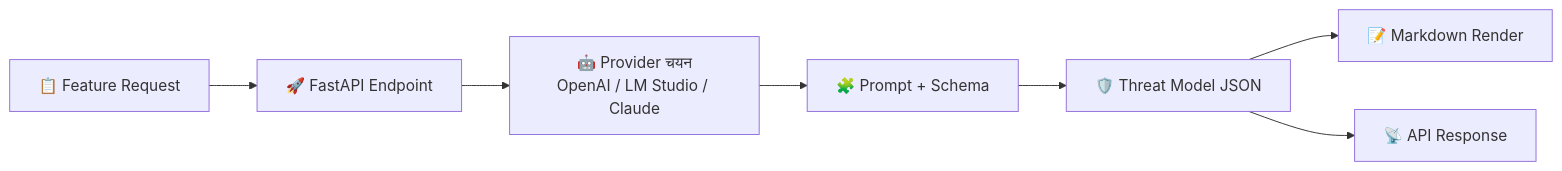
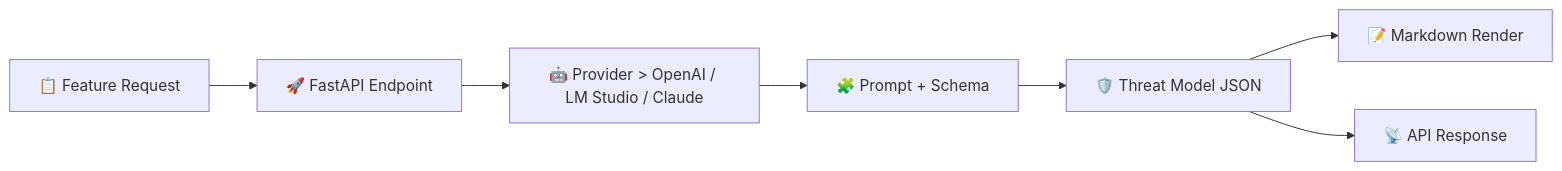
Before and after one commit to high5ive-64/lightweight_feature-threat-model: the diagram in README.md, drawn with Mermaid.

Commit message:
updated readme file

````diff
--- a/README.md
+++ b/README.md
@@ -32,9 +32,9 @@
 ```mermaid
 flowchart LR
     A[📋 Feature Request] --> B[🚀 FastAPI Endpoint]
-    B --> C[🤖 Provider चयन\nOpenAI / LM Studio / Claude]
+    B --> C[🤖 Provider > OpenAI / LM Studio / Claude]
     C --> D[🧩 Prompt + Schema]
     D --> E[🛡️ Threat Model JSON]
     E --> F[📝 Markdown Render]
     E --> G[📡 API Response]
 ```
````
